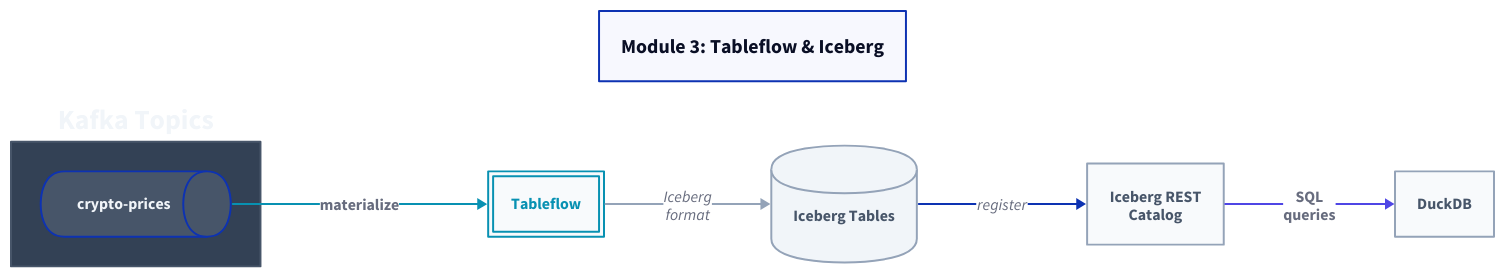
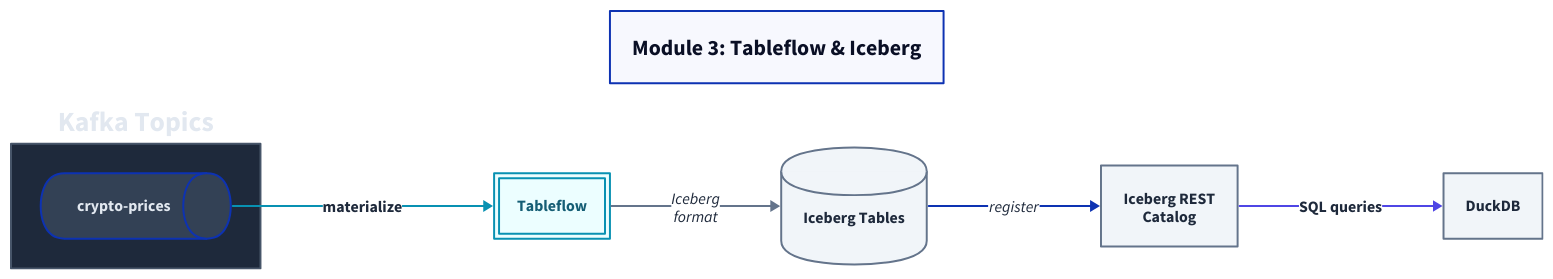
The diagram in diagrams/module3-tableflow.d2 (gAmUssA/gamussa.github.com), drawn with D2 before and after one commit. The commit also changed 7 other files, not shown here.

Commit message:
Fix diagram readability: darker text, higher contrast on all labels

```diff
--- a/diagrams/module3-tableflow.d2
+++ b/diagrams/module3-tableflow.d2
@@ -1,63 +1,69 @@
 direction: right
 
 title: {
   label: "Module 3: Tableflow & Iceberg"
-  style.font-size: 20
+  style.font-size: 22
   style.bold: true
   near: top-center
 }
 
 kafka: Kafka Topics {
-  style.fill: "#334155"
+  style.fill: "#1e293b"
   style.stroke: "#475569"
-  style.font-color: "#f1f5f9"
+  style.font-color: "#e2e8f0"
   style.bold: true
 
   topic: crypto-prices {
     shape: queue
-    style.fill: "#475569"
-    style.font-color: "#f1f5f9"
+    style.fill: "#334155"
+    style.font-color: "#e2e8f0"
+    style.bold: true
   }
 }
 
 tableflow: Tableflow {
-  style.fill: "#f8fafc"
+  style.fill: "#ecfeff"
   style.stroke: "#0891b2"
-  style.font-color: "#0891b2"
+  style.font-color: "#155e75"
   style.bold: true
   style.double-border: true
 }
 
 iceberg: Iceberg Tables {
   style.fill: "#f1f5f9"
-  style.stroke: "#94a3b8"
-  style.font-color: "#475569"
+  style.stroke: "#64748b"
+  style.font-color: "#1e293b"
   shape: cylinder
   style.bold: true
 }
 
 catalog: Iceberg REST\nCatalog {
-  style.fill: "#f8fafc"
-  style.stroke: "#94a3b8"
-  style.font-color: "#475569"
+  style.fill: "#f1f5f9"
+  style.stroke: "#64748b"
+  style.font-color: "#1e293b"
 }
 
 duckdb: DuckDB {
-  style.fill: "#f8fafc"
-  style.stroke: "#94a3b8"
-  style.font-color: "#475569"
+  style.fill: "#f1f5f9"
+  style.stroke: "#64748b"
+  style.font-color: "#1e293b"
   style.bold: true
 }
 
 kafka.topic -> tableflow: "materialize" {
   style.stroke: "#0891b2"
+  style.font-color: "#1e293b"
   style.bold: true
 }
 tableflow -> iceberg: "Iceberg\nformat" {
-  style.stroke: "#94a3b8"
+  style.stroke: "#64748b"
+  style.font-color: "#1e293b"
 }
-iceberg -> catalog: "register"
-catalog -> duckdb: "SQL\nqueries" {
+iceberg -> catalog: "register" {
+  style.font-color: "#1e293b"
+}
+catalog -> duckdb: "SQL queries" {
   style.stroke: "#4F46E5"
+  style.font-color: "#1e293b"
   style.bold: true
 }
```
